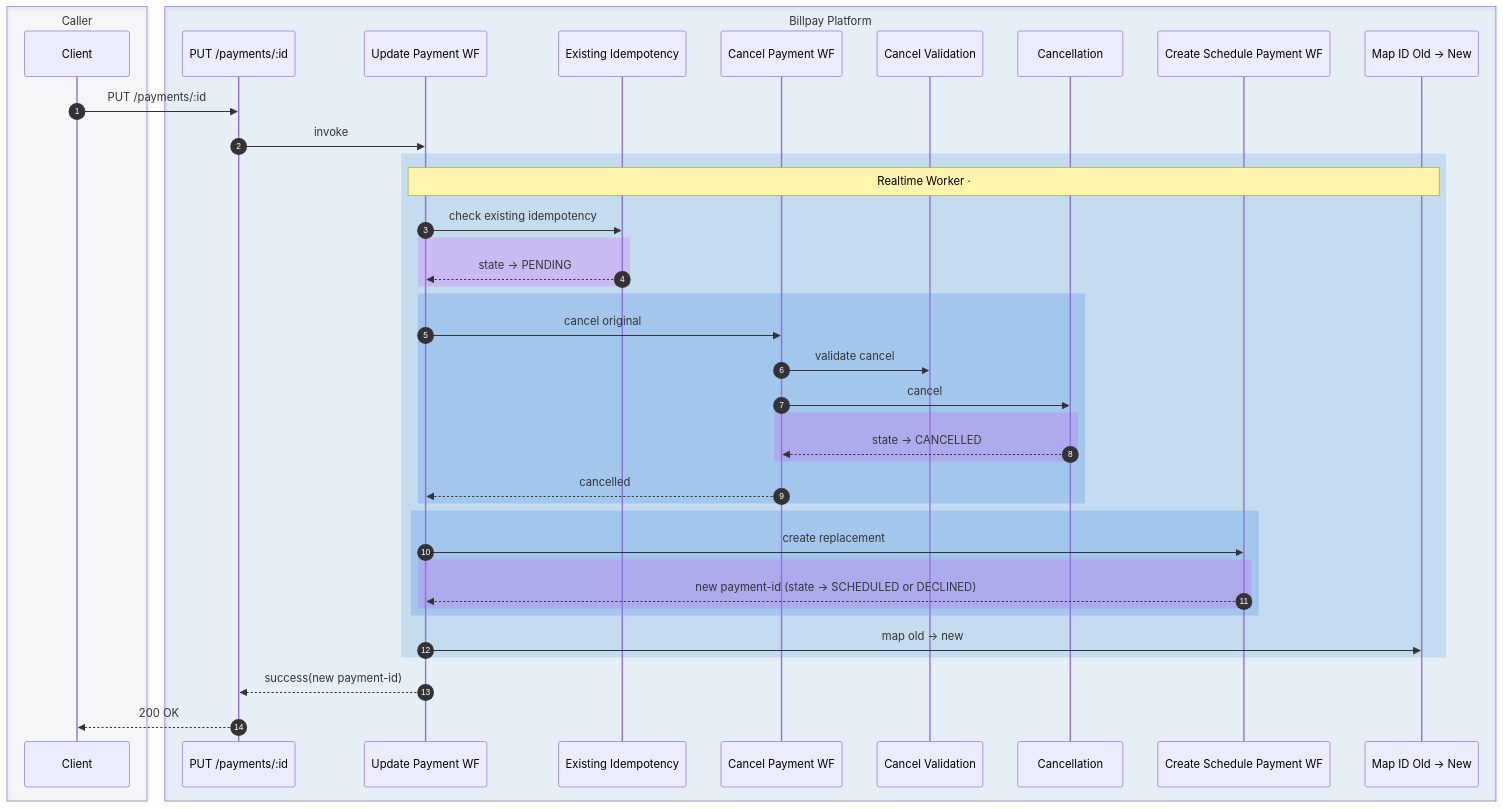
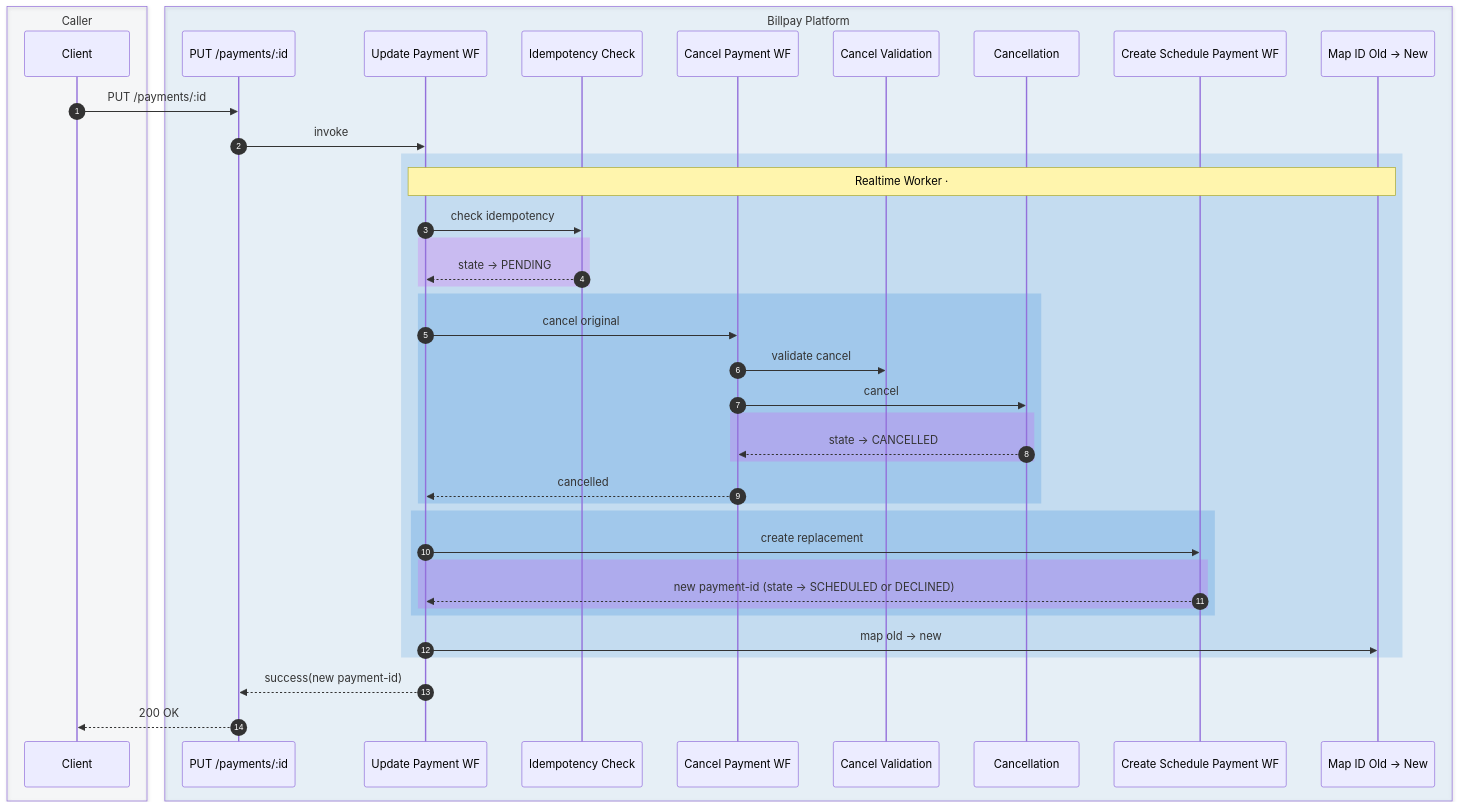
The fourth of 10 diagrams in docs/diagrams/sequence-diagrams.md (arunav-bhattacharya/billpay-docs), drawn with Mermaid before and after one commit. The commit also changed other lines of this file, not shown here.

First line of the commit message:
Consolidate New/Existing idempotency actors into single Idempotency Check

````diff
--- a/docs/diagrams/sequence-diagrams.md
+++ b/docs/diagrams/sequence-diagrams.md
@@ -245,52 +245,52 @@
 ```mermaid
 sequenceDiagram
   autonumber
 
   box rgba(148,163,184,0.06) Caller
     participant C as Client
   end
 
   box rgba(0,111,207,0.08) Billpay Platform
     participant API as PUT /payments/:id
     participant U as Update Payment WF
-    participant EPI as Existing Idempotency
+    participant IDEMP as Idempotency Check
     participant CAN as Cancel Payment WF
     participant PCV as Cancel Validation
     participant PCN as Cancellation
     participant CSP as Create Schedule Payment WF
     participant MAP as Map ID Old → New
   end
 
   C->>API: PUT /payments/:id
   API->>U: invoke
 
   rect rgba(0,111,207,0.15)
     Note over U,MAP: Realtime Worker · #UpdatePaymentWF — cancels the original, creates a replacement, maps old → new
-    U->>EPI: check existing idempotency
+    U->>IDEMP: check idempotency
     rect rgba(217,70,239,0.22)
-      EPI-->>U: state → PENDING
+      IDEMP-->>U: state → PENDING
     end
 
     rect rgba(0,111,207,0.18)
       U->>CAN: cancel original
       CAN->>PCV: validate cancel
       CAN->>PCN: cancel
       rect rgba(217,70,239,0.22)
         PCN-->>CAN: state → CANCELLED
       end
       CAN-->>U: cancelled
     end
 
     rect rgba(0,111,207,0.18)
       U->>CSP: create replacement
       rect rgba(217,70,239,0.22)
         CSP-->>U: new payment-id (state → SCHEDULED or DECLINED)
       end
     end
 
     U->>MAP: map old → new
   end
 
   U-->>API: success(new payment-id)
   API-->>C: 200 OK
 ```
````
